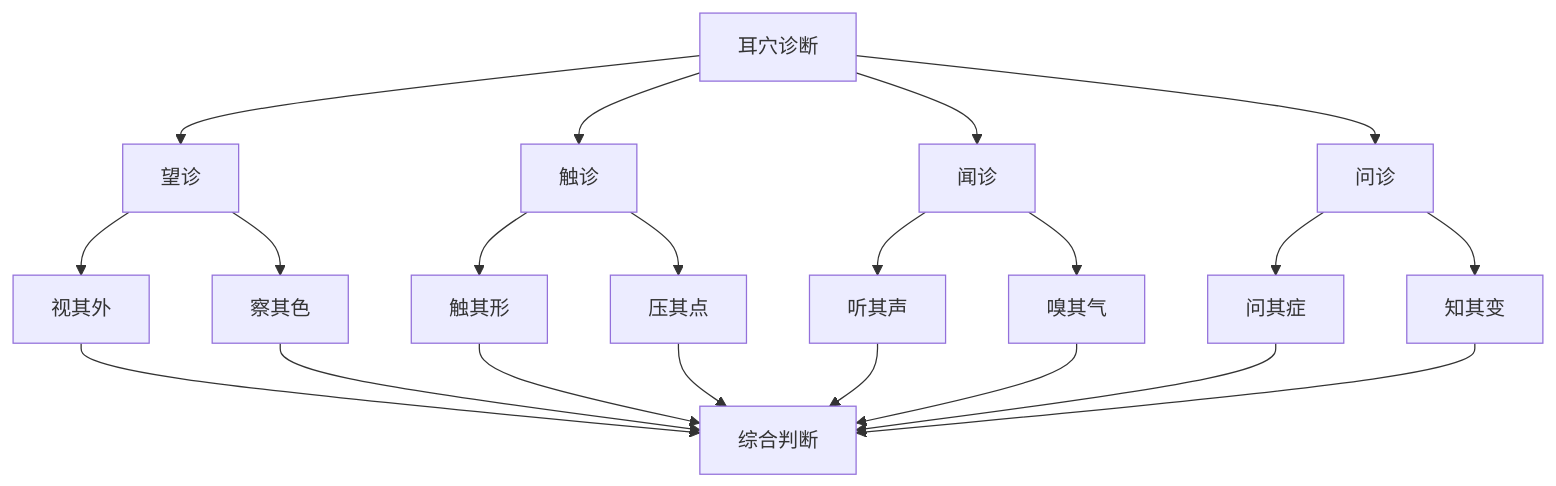
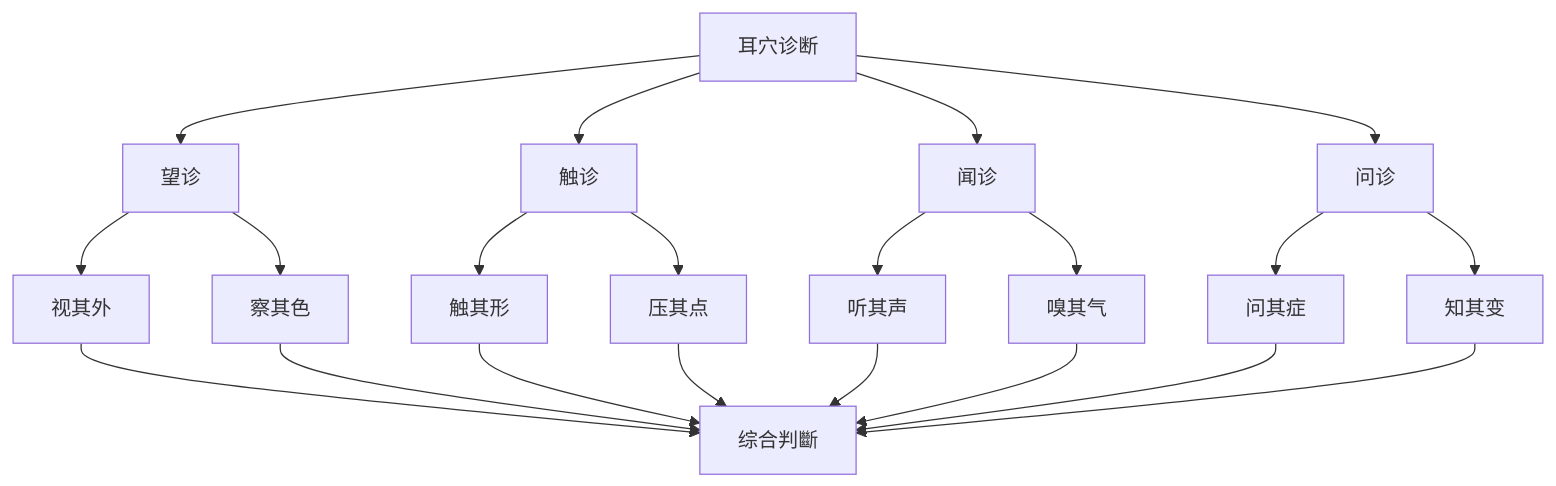
The seventh of 8 diagrams in 3 Resources/01-Tech/🏥 专业知识/耳穴知识库/耳穴诊断概论.md (kmjade/knowledge-value), drawn with Mermaid before and after one commit. The commit also changed other lines of this file and 653 other files, not shown here.

````diff
--- a/3 Resources/01-Tech/🏥 专业知识/耳穴知识库/耳穴诊断概论.md
+++ b/3 Resources/01-Tech/🏥 专业知识/耳穴知识库/耳穴诊断概论.md
@@ -325,28 +325,28 @@
 ```mermaid
 graph TD
     A[耳穴诊断] --> B[望诊]
     A --> C[触诊]
     A --> D[闻诊]
     A --> E[问诊]
 
     B --> B1[视其外]
     B --> B2[察其色]
 
     C --> C1[触其形]
     C --> C2[压其点]
 
     D --> D1[听其声]
     D --> D2[嗅其气]
 
     E --> E1[问其症]
     E --> E2[知其变]
 
-    B1 --> F[综合判断]
+    B1 --> F[综合判斷]
     B2 --> F
     C1 --> F
     C2 --> F
     D1 --> F
     D2 --> F
     E1 --> F
     E2 --> F
 ```
````
